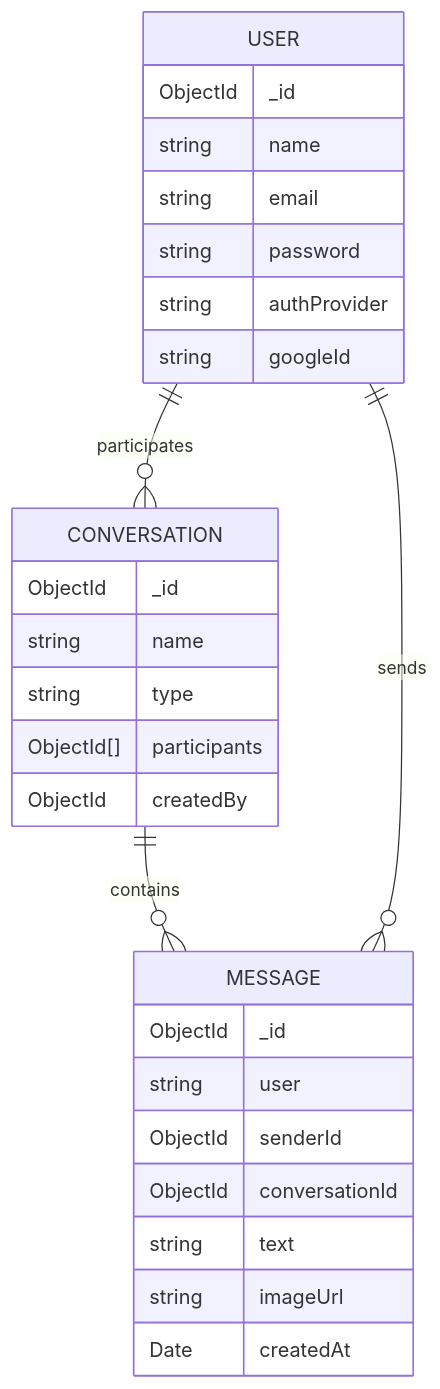
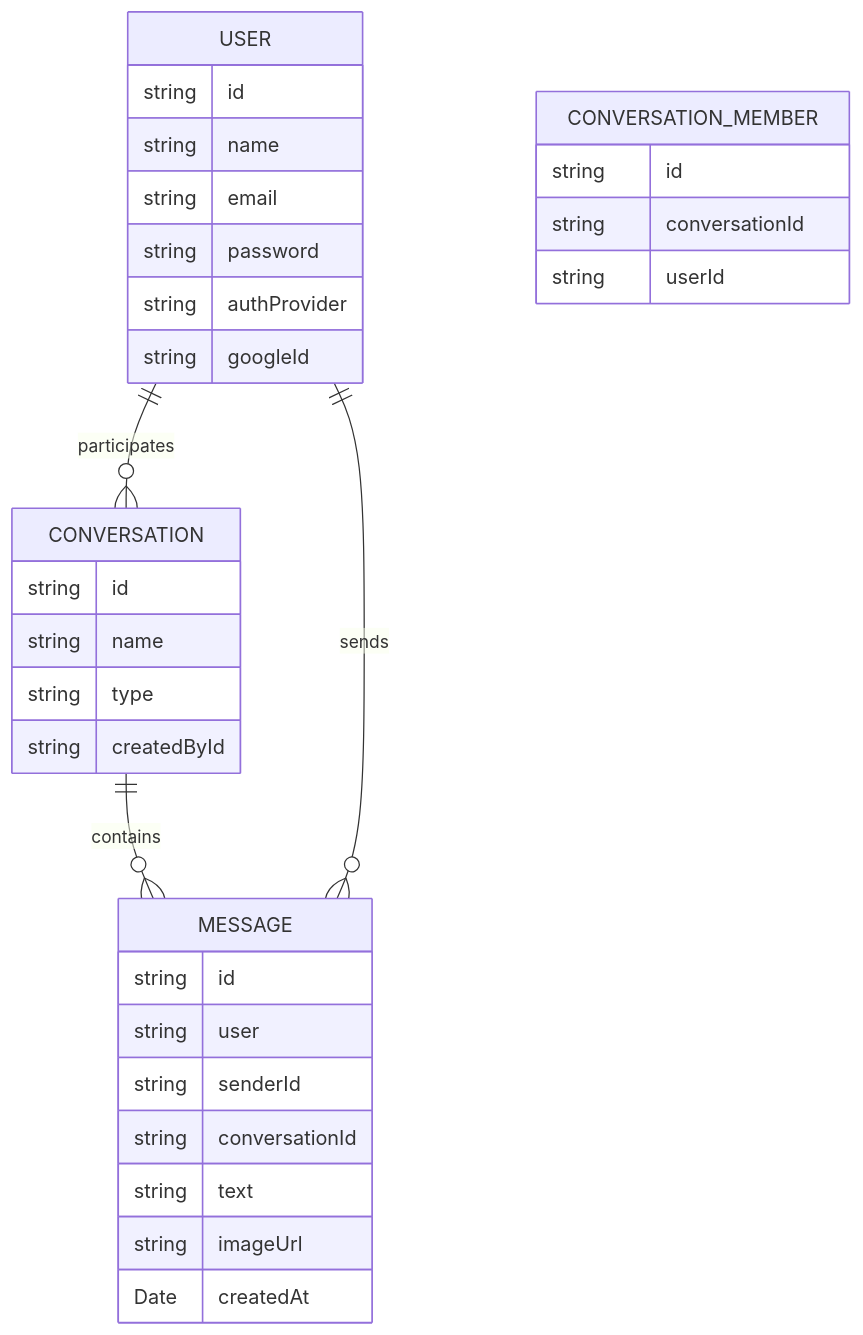
The fourth of 5 diagrams in farhanaislamsaima/README.md (SaimaLearnathon/web-development-bootcamp-may-2026), drawn with Mermaid before and after one commit. The commit also changed other lines of this file and 53 other files, not shown here.

````diff
--- a/farhanaislamsaima/README.md
+++ b/farhanaislamsaima/README.md
@@ -215,33 +224,38 @@
 ```mermaid
 erDiagram
   USER ||--o{ CONVERSATION : participates
   CONVERSATION ||--o{ MESSAGE : contains
   USER ||--o{ MESSAGE : sends
 
   USER {
-    ObjectId _id
+    string id
     string name
     string email
     string password
     string authProvider
     string googleId
   }
 
   CONVERSATION {
-    ObjectId _id
+    string id
     string name
     string type
-    ObjectId[] participants
-    ObjectId createdBy
+    string createdById
+  }
+
+  CONVERSATION_MEMBER {
+    string id
+    string conversationId
+    string userId
   }
 
   MESSAGE {
-    ObjectId _id
+    string id
     string user
-    ObjectId senderId
-    ObjectId conversationId
+    string senderId
+    string conversationId
     string text
     string imageUrl
     Date createdAt
   }
 ```
````
